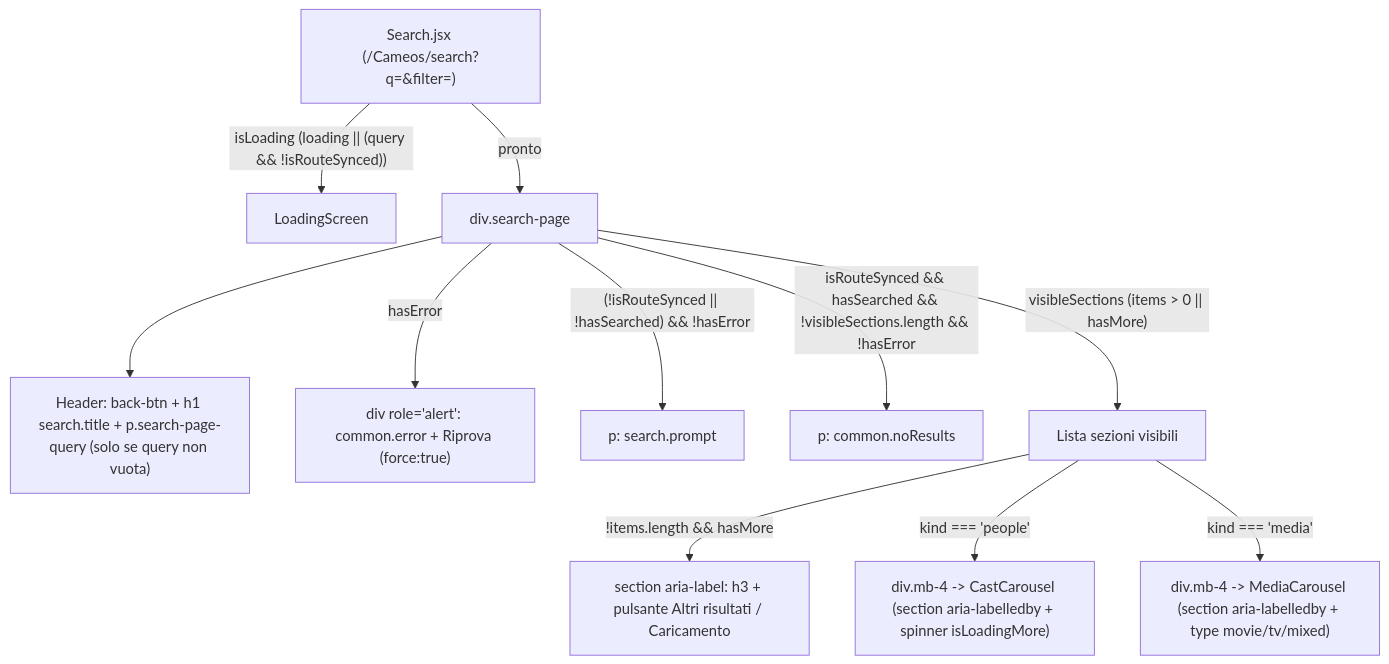
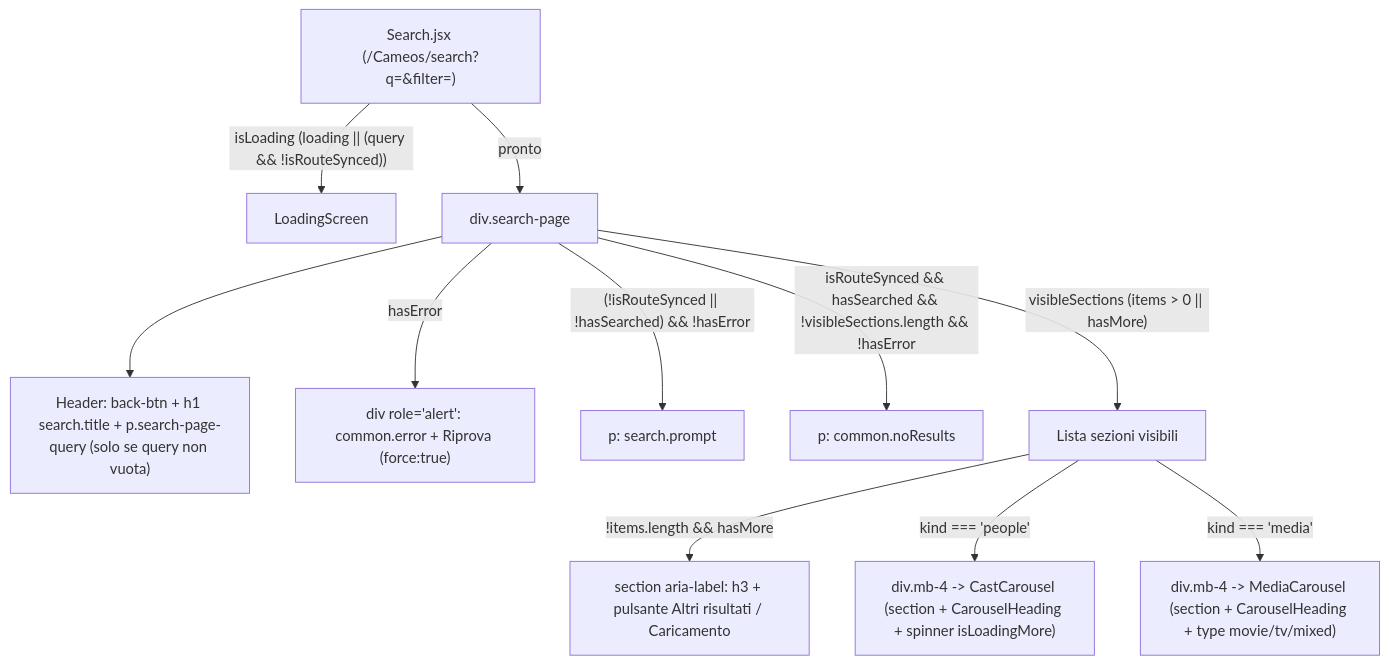
One commit to Lorenzo207378/Cameos changed the second of 2 diagrams in docs/pages/search.md. Above: the diagram before and after it, drawn with Mermaid. The commit also changed other lines of this file and 89 other files, not shown here.

Commit message:
refactor: update return types in components to use ReactElement for better type safety. Rename getSeriesVipCameos to getSeriesCameos for consistency. Clean up unused CSS and improve media provider rendering logic.

````diff
--- a/docs/pages/search.md
+++ b/docs/pages/search.md
@@ -101,16 +101,16 @@
 ```mermaid
 flowchart TD
     Route["Search.jsx (/Cameos/search?q=&filter=)"]
     Route -->|"isLoading (loading || (query && !isRouteSynced))"| Loader["LoadingScreen"]
     Route -->|"pronto"| Page["div.search-page"]
 
     Page --> Header["Header: back-btn + h1 search.title + p.search-page-query (solo se query non vuota)"]
     Page -->|"hasError"| Alert["div role='alert': common.error + Riprova (force:true)"]
     Page -->|"(!isRouteSynced || !hasSearched) && !hasError"| Prompt["p: search.prompt"]
     Page -->|"isRouteSynced && hasSearched && !visibleSections.length && !hasError"| Empty["p: common.noResults"]
     Page -->|"visibleSections (items > 0 || hasMore)"| List["Lista sezioni visibili"]
 
     List -->|"!items.length && hasMore"| MoreFallback["section aria-label: h3 + pulsante Altri risultati / Caricamento"]
-    List -->|"kind === 'people'"| Cast["div.mb-4 -> CastCarousel (section aria-labelledby + spinner isLoadingMore)"]
-    List -->|"kind === 'media'"| Media["div.mb-4 -> MediaCarousel (section aria-labelledby + type movie/tv/mixed)"]
+    List -->|"kind === 'people'"| Cast["div.mb-4 -> CastCarousel (section + CarouselHeading + spinner isLoadingMore)"]
+    List -->|"kind === 'media'"| Media["div.mb-4 -> MediaCarousel (section + CarouselHeading + type movie/tv/mixed)"]
 ```
````
